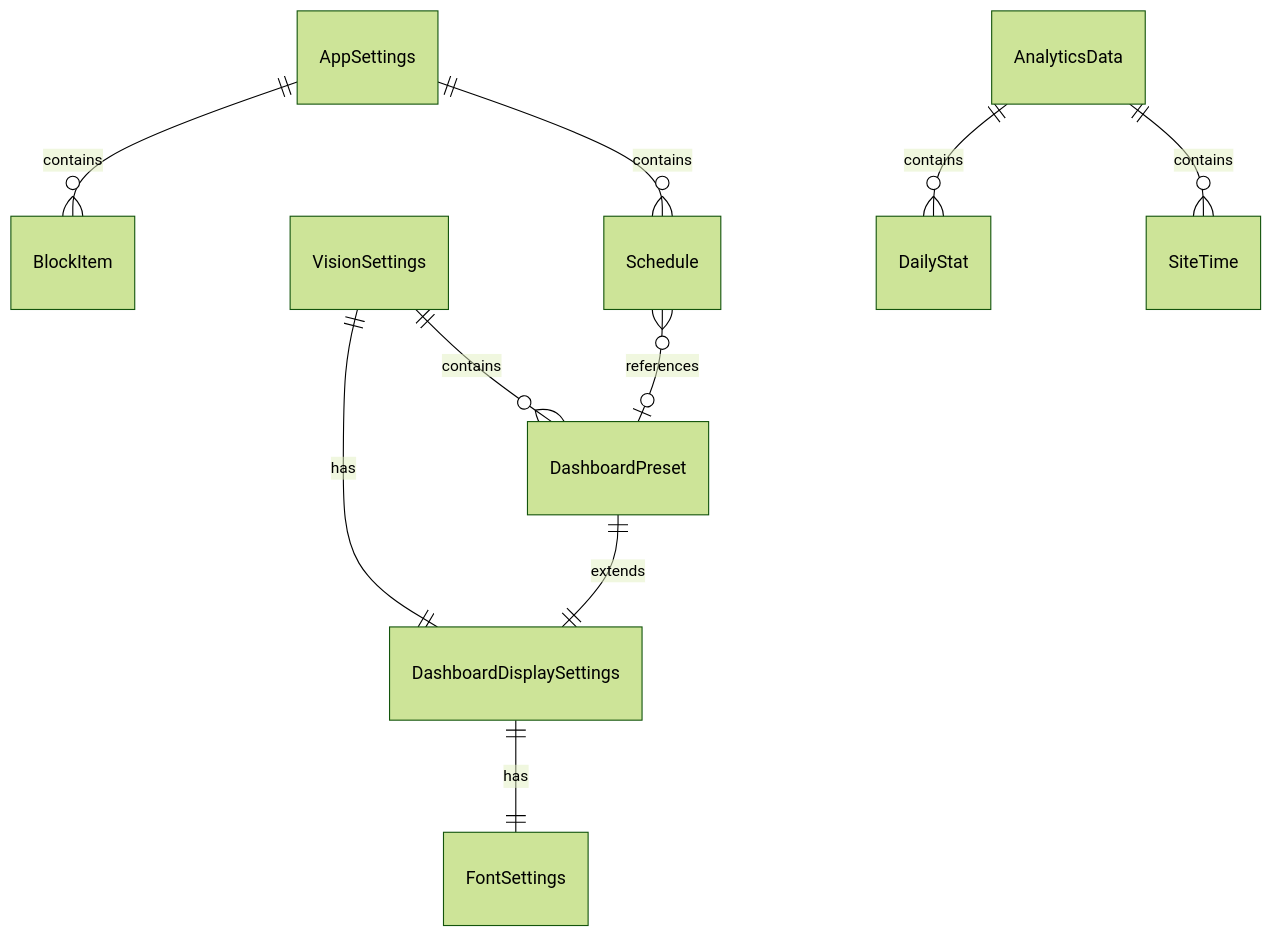
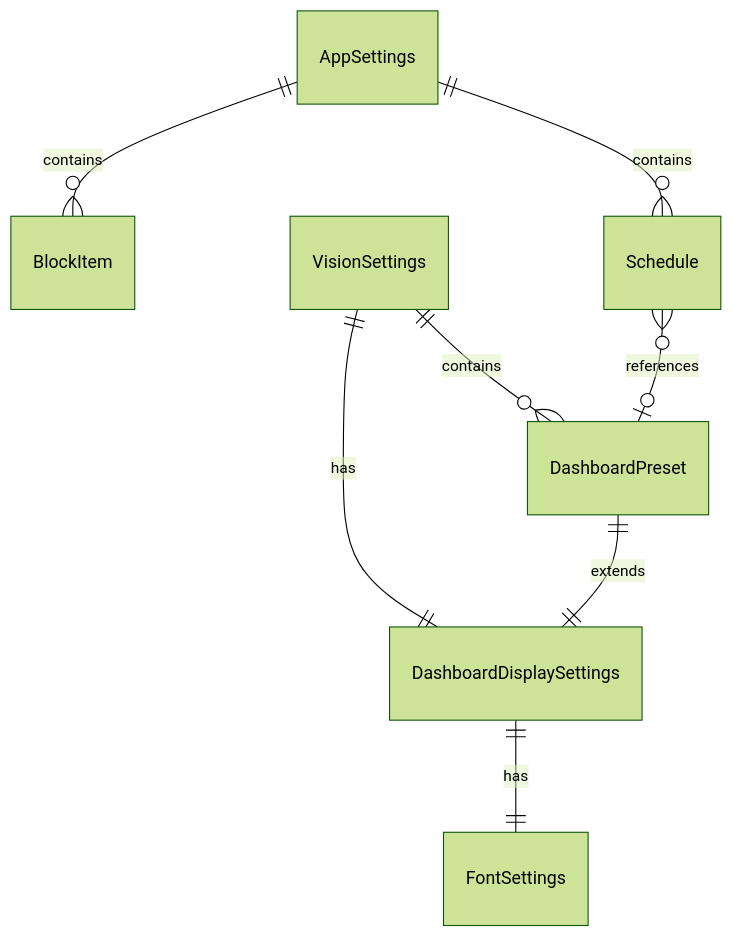
Before and after one commit to machina-gg/vision-focus: the diagram in docs/DATA_MODEL.md, drawn with Mermaid (forest theme). The commit also changed other lines of this file and 65 other files, not shown here.

````diff
--- a/docs/DATA_MODEL.md
+++ b/docs/DATA_MODEL.md
@@ -26,16 +25,13 @@
 ```mermaid
 erDiagram
     AppSettings ||--o{ BlockItem : contains
     AppSettings ||--o{ Schedule : contains
 
     VisionSettings ||--|| DashboardDisplaySettings : has
     VisionSettings ||--o{ DashboardPreset : contains
 
     DashboardPreset ||--|| DashboardDisplaySettings : extends
     DashboardDisplaySettings ||--|| FontSettings : has
 
     Schedule }o--o| DashboardPreset : references
-
-    AnalyticsData ||--o{ DailyStat : contains
-    AnalyticsData ||--o{ SiteTime : contains
 ```
````
